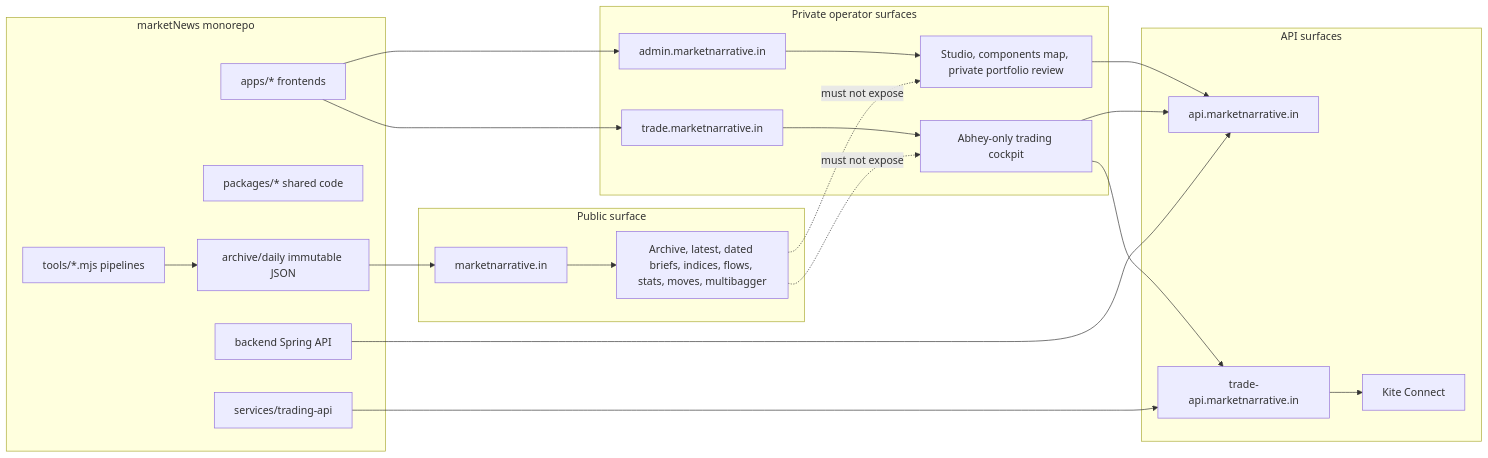
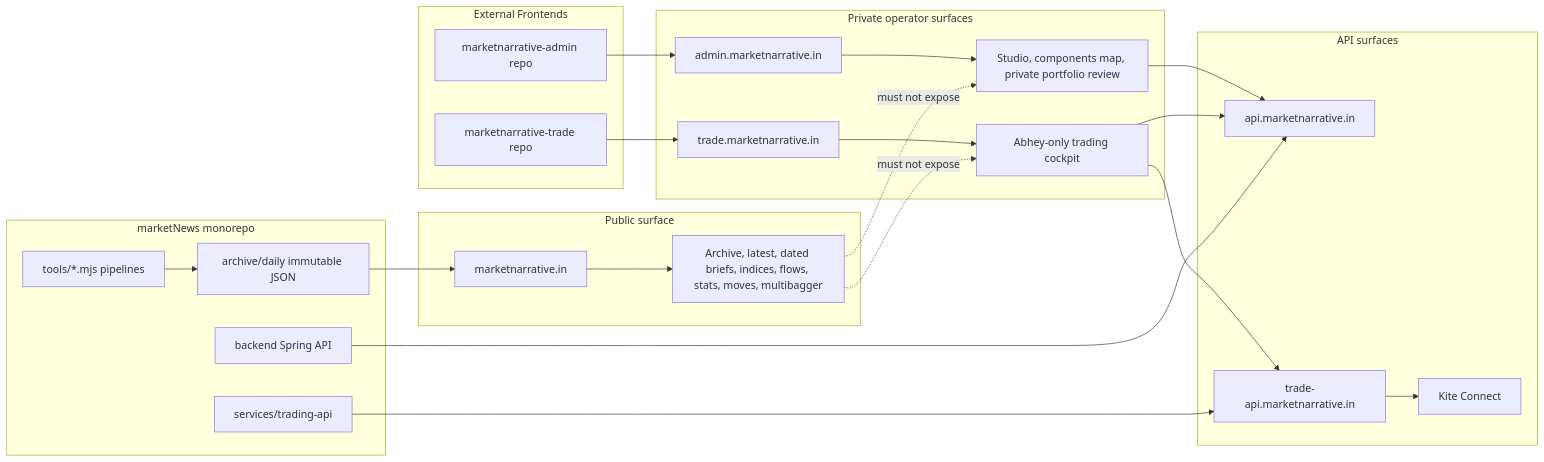
The diagram in context/architecture-diagrams/01-production-surfaces.mmd (Abheydeep/marketNews), drawn with Mermaid before and after one commit. The commit also changed 9 other files, not shown here.

Commit message:
docs: clean up monorepo and context stale workspace references, document external repos

```diff
--- a/context/architecture-diagrams/01-production-surfaces.mmd
+++ b/context/architecture-diagrams/01-production-surfaces.mmd
@@ -1,44 +1,47 @@
 flowchart LR
   subgraph Repo["marketNews monorepo"]
     Tools["tools/*.mjs pipelines"]
-    Apps["apps/* frontends"]
-    Packages["packages/* shared code"]
     Services["services/trading-api"]
     Backend["backend Spring API"]
     Archive["archive/daily immutable JSON"]
+  end
+
+  subgraph ExternalRepos["External Frontends"]
+    AdminRepo["marketnarrative-admin repo"]
+    TradeRepo["marketnarrative-trade repo"]
   end
 
   subgraph Public["Public surface"]
     PublicDomain["marketnarrative.in"]
     PublicPages["Archive, latest, dated briefs, indices, flows, stats, moves, multibagger"]
   end
 
   subgraph Private["Private operator surfaces"]
     AdminDomain["admin.marketnarrative.in"]
     TradeDomain["trade.marketnarrative.in"]
     AdminPages["Studio, components map, private portfolio review"]
     TradePages["Abhey-only trading cockpit"]
   end
 
   subgraph APIs["API surfaces"]
     Spring["api.marketnarrative.in"]
     FastAPI["trade-api.marketnarrative.in"]
     Kite["Kite Connect"]
   end
 
   Tools --> Archive
   Archive --> PublicDomain
-  Apps --> AdminDomain
-  Apps --> TradeDomain
+  AdminRepo --> AdminDomain
+  TradeRepo --> TradeDomain
   PublicDomain --> PublicPages
   AdminDomain --> AdminPages
   TradeDomain --> TradePages
   AdminPages --> Spring
   TradePages --> Spring
   TradePages --> FastAPI
   FastAPI --> Kite
   Backend --> Spring
   Services --> FastAPI
 
   PublicPages -. must not expose .-> AdminPages
   PublicPages -. must not expose .-> TradePages
```
